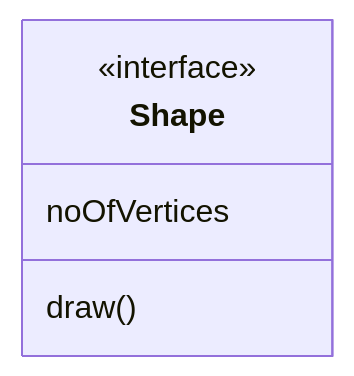
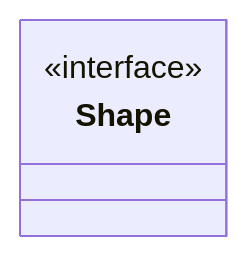
Before and after one commit to mermaid-js/mermaid: diagram 19 of 33 in docs/syntax/classDiagram.md, drawn with Mermaid. The commit also changed other lines of this file, not shown here.

````diff
--- a/docs/syntax/classDiagram.md
+++ b/docs/syntax/classDiagram.md
@@ -590,7 +568,5 @@
-```mermaid
-classDiagram
-class Shape
-<<interface>> Shape
-Shape : noOfVertices
-Shape : draw()
-```
+  ```mermaid
+  classDiagram
+    class Shape
+    <<interface>> Shape
+  ```
````
